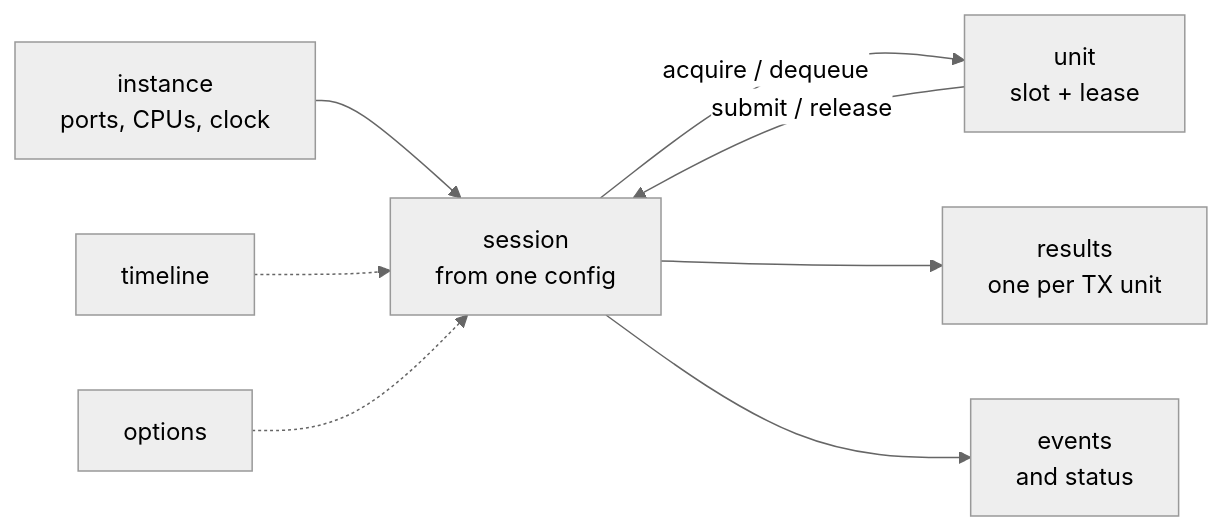
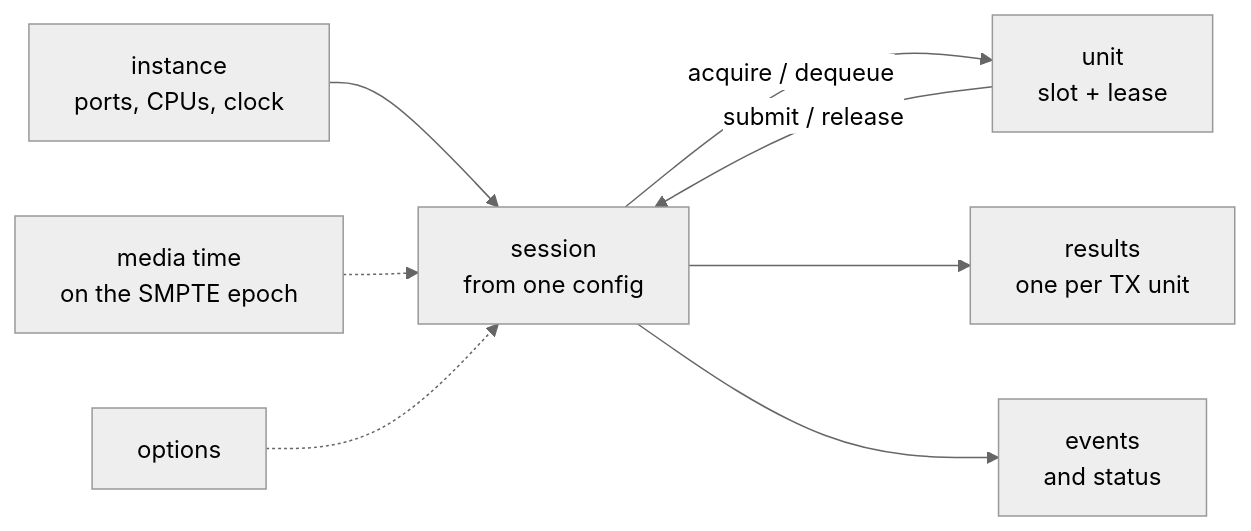
The first of 6 diagrams in doc/unified-api/concepts.md (Sakoram/Media-Transport-Library), drawn with Mermaid (neutral theme) before and after one commit. The commit also changed other lines of this file and 56 other files, not shown here.

````diff
--- a/doc/unified-api/concepts.md
+++ b/doc/unified-api/concepts.md
@@ -141,10 +123,10 @@
 ```mermaid
 flowchart LR
     I["instance<br/>ports, CPUs, clock"] --> S["session<br/>from one config"]
     S -->|"acquire / dequeue"| U["unit<br/>slot + lease"]
     U -->|"submit / release"| S
     S --> R["results<br/>one per TX unit"]
     S --> E["events<br/>and status"]
-    T["timeline"] -.-> S
+    T["media time<br/>on the SMPTE epoch"] -.-> S
     O["options"] -.-> S
 ```
````
